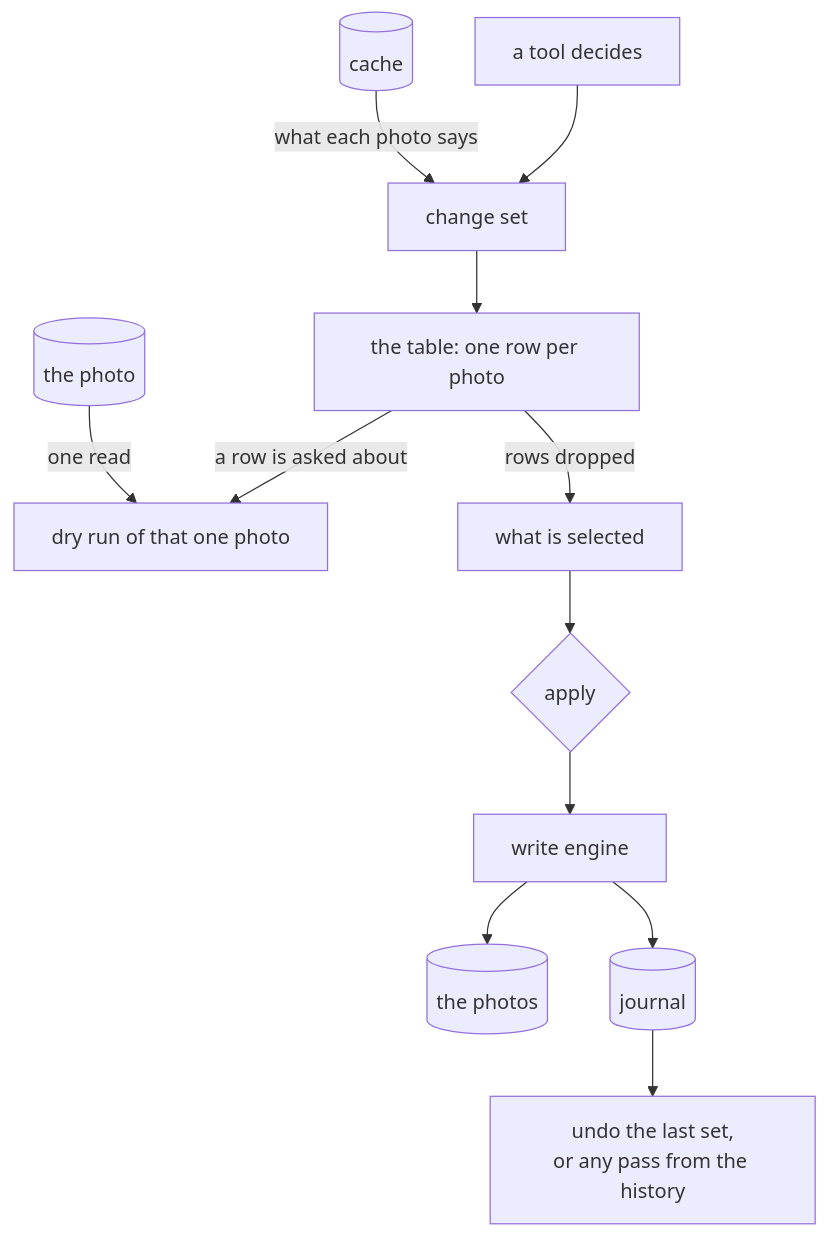
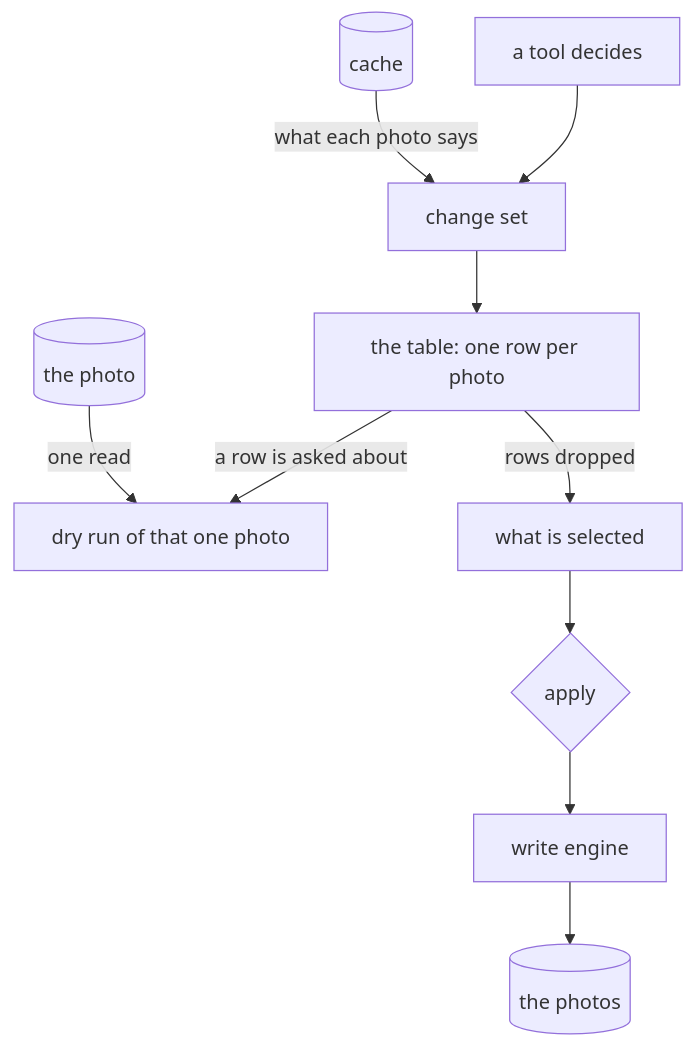
Before and after one commit to xuedi/photoManager: the diagram in docs/preview.md, drawn with Mermaid. The commit also changed other lines of this file and 9 other files, not shown here.

````diff
--- a/docs/preview.md
+++ b/docs/preview.md
@@ -42,14 +42,12 @@
 ```mermaid
 flowchart TD
     tool[a tool decides] --> set[change set]
     cache[(cache)] -- what each photo says --> set
     set --> table[the table: one row per photo]
     table -- a row is asked about --> dry[dry run of that one photo]
     photo[(the photo)] -- one read --> dry
     table -- rows dropped --> picked[what is selected]
     picked --> apply{apply}
     apply --> engine[write engine]
     engine --> photos[(the photos)]
-    engine --> journal[(journal)]
-    journal --> undo[undo the last set,<br/>or any pass from the history]
 ```
````
